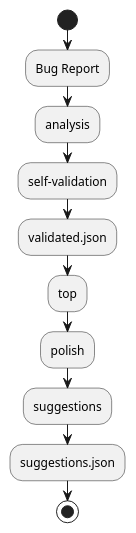
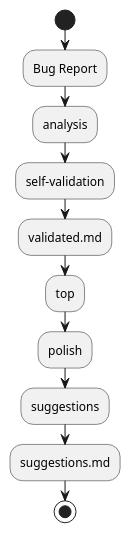
One commit to tracehubpm/reports-check-action changed the diagram in doc/chain.puml. Above: the diagram before and after it, drawn with PlantUML. The commit also changed 3 other files, not shown here.

```diff
--- a/doc/chain.puml
+++ b/doc/chain.puml
@@ -1,12 +1,12 @@
 @startuml
 start
 :Bug Report;
 :analysis;
 :self-validation;
-:validated.json;
+:validated.md;
 :top;
 :polish;
 :suggestions;
-:suggestions.json;
+:suggestions.md;
 stop
 @enduml
```
